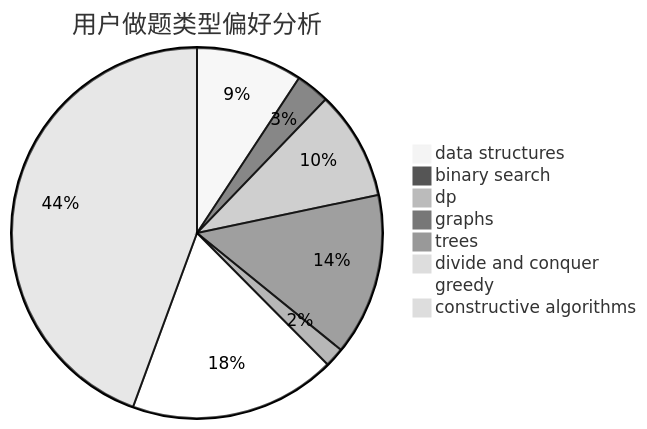
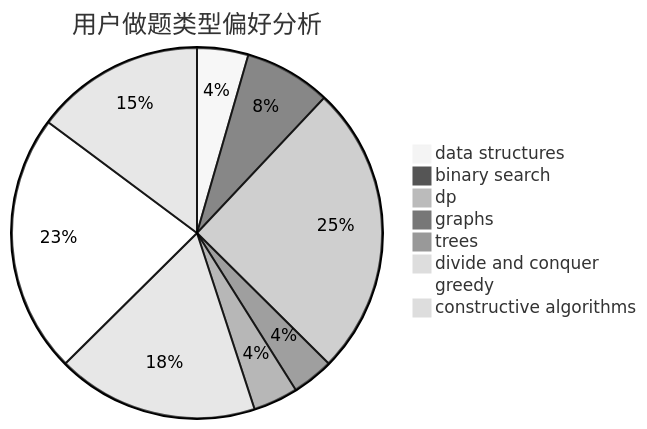
One commit to sherpahu/cfrs.github.io changed the second of 3 diagrams in docs/user/u1125.md. Above: the diagram before and after it, drawn with Mermaid (neutral theme). The commit also changed other lines of this file and 2770 other files, not shown here.

````diff
--- a/docs/user/u1125.md
+++ b/docs/user/u1125.md
@@ -23,11 +23,11 @@
 ```mermaid
 pie title 用户做题类型偏好分析
-    "data structures" :  38
-    "binary search" :  12
-    "dp" :  39
-    "graphs" :  58
-    "trees" :  7
-    "divide and conquer" :  0
-    "greedy" :  74
-    "constructive algorithms" :  182
+    "data structures" :  16
+    "binary search" :  27
+    "dp" :  91
+    "graphs" :  13
+    "trees" :  14
+    "divide and conquer" :  63
+    "greedy" :  81
+    "constructive algorithms" :  53
 ```
````
